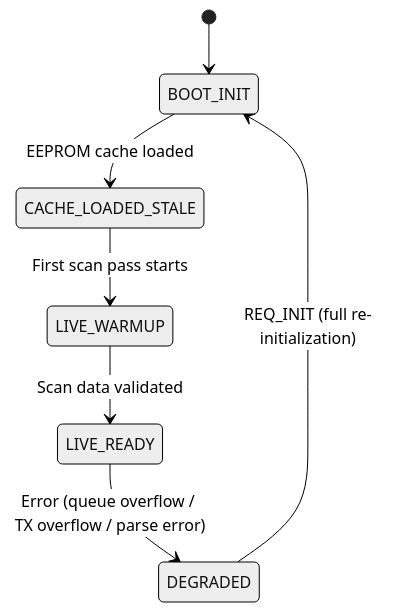
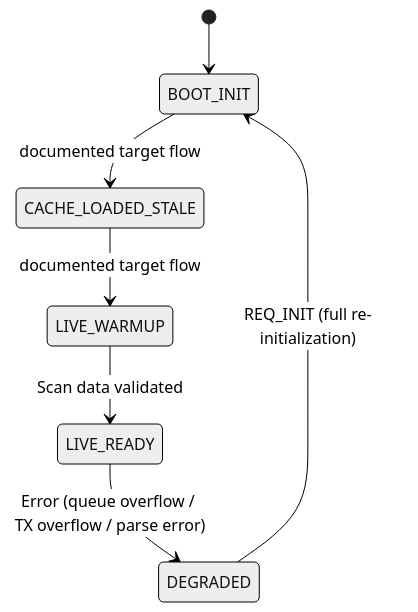
The fifth of 5 diagrams in firmware/pic16f15356-fsm.md (Project-Helianthus/helianthus-docs-ebus), drawn with Mermaid (neutral theme) before and after one commit. The commit also changed other lines of this file and 22 other files, not shown here.

````diff
--- a/firmware/pic16f15356-fsm.md
+++ b/firmware/pic16f15356-fsm.md
@@ -174,9 +174,9 @@
 ```mermaid
 stateDiagram-v2
     [*] --> BOOT_INIT
-    BOOT_INIT --> CACHE_LOADED_STALE : EEPROM cache loaded
-    CACHE_LOADED_STALE --> LIVE_WARMUP : First scan pass starts
+    BOOT_INIT --> CACHE_LOADED_STALE : documented target flow
+    CACHE_LOADED_STALE --> LIVE_WARMUP : documented target flow
     LIVE_WARMUP --> LIVE_READY : Scan data validated
     LIVE_READY --> DEGRADED : Error (queue overflow / TX overflow / parse error)
     DEGRADED --> BOOT_INIT : REQ_INIT (full re-initialization)
 ```
````
